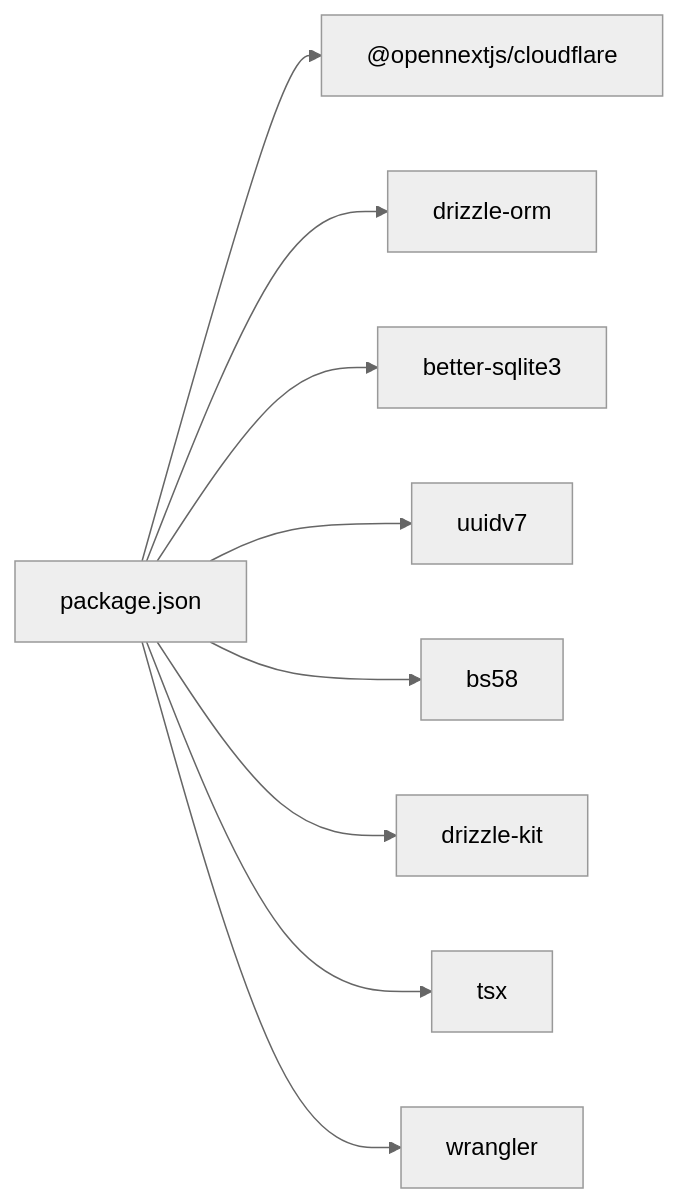
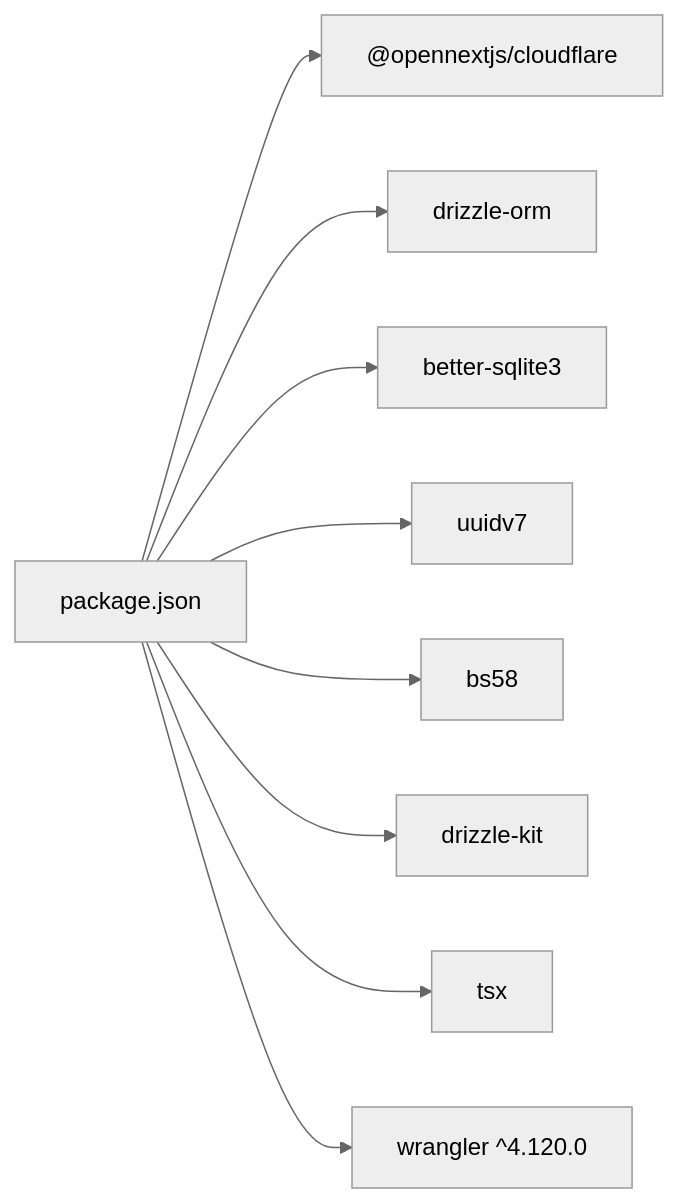
One commit to pnnh/weable changed the fifth of 5 diagrams in .qoder/repowiki/zh/content/部署指南/部署指南.md. Above: the diagram before and after it, drawn with Mermaid (neutral theme). The commit also changed other lines of this file and 138 other files, not shown here.

Commit message:
未登录时访问console跳转至signin页面 修复点击图片目录未正确跳转问题 实现图片批量删除功能 将上传页面改成造成轻量级队列，实现分部上传和重试功能（绕过worker限制）

````diff
--- a/.qoder/repowiki/zh/content/部署指南/部署指南.md
+++ b/.qoder/repowiki/zh/content/部署指南/部署指南.md
@@ -285,11 +309,11 @@
 ```mermaid
 graph LR
 P["package.json"] --> O["@opennextjs/cloudflare"]
 P --> D["drizzle-orm"]
 P --> B["better-sqlite3"]
 P --> U["uuidv7"]
 P --> BS["bs58"]
 P --> DRZK["drizzle-kit"]
 P --> TSX["tsx"]
-P --> WR["wrangler"]
+P --> WR["wrangler ^4.120.0"]
 ```
````
